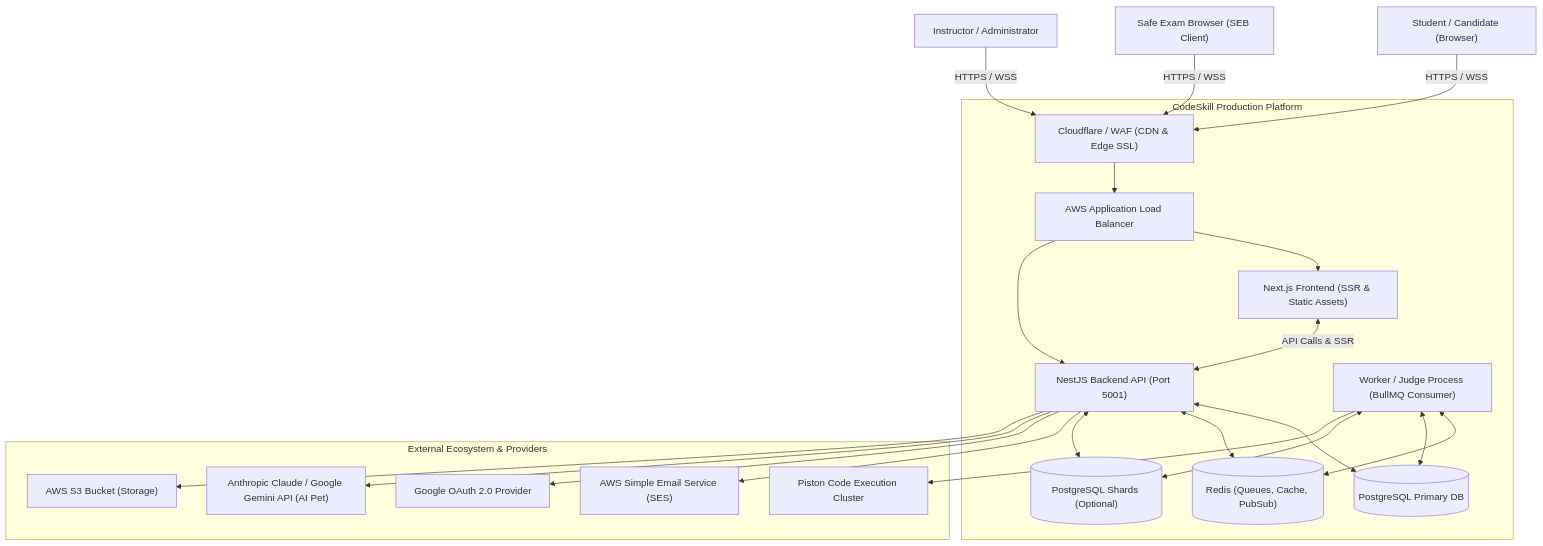
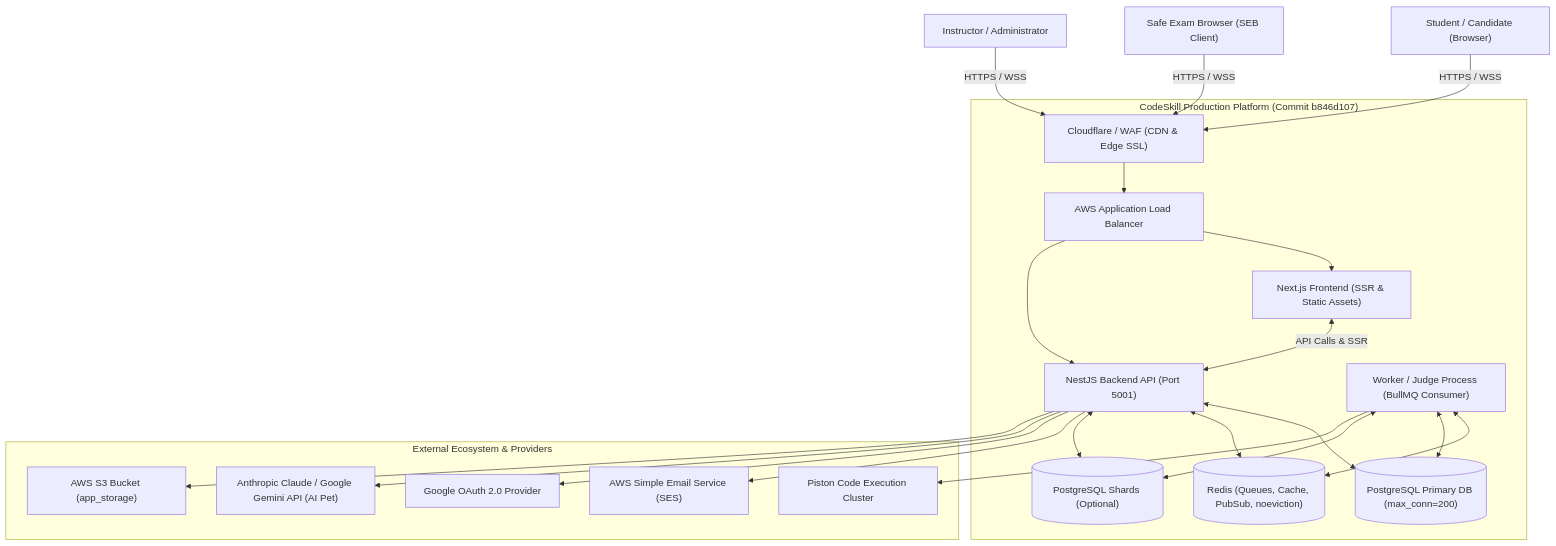
Before and after one commit to Abhinavvlog/codeskill: the first of 3 diagrams in engineering-audit/02_ARCHITECTURE_ANALYSIS.md, drawn with Mermaid. The commit also changed other lines of this file and 13 other files, not shown here.

Commit message:
docs(audit): update pre-production engineering audit reports for commit b846d107

````diff
--- a/engineering-audit/02_ARCHITECTURE_ANALYSIS.md
+++ b/engineering-audit/02_ARCHITECTURE_ANALYSIS.md
@@ -28,44 +29,44 @@
 ```mermaid
 flowchart TD
     Candidate["Student / Candidate (Browser)"]
     Admin["Instructor / Administrator"]
     SEB["Safe Exam Browser (SEB Client)"]
 
-    subgraph Platform["CodeSkill Production Platform"]
+    subgraph Platform["CodeSkill Production Platform (Commit b846d107)"]
         Cloudflare["Cloudflare / WAF (CDN & Edge SSL)"]
         ALB["AWS Application Load Balancer"]
         FE["Next.js Frontend (SSR & Static Assets)"]
         API["NestJS Backend API (Port 5001)"]
         Judge["Worker / Judge Process (BullMQ Consumer)"]
-        Postgres[("PostgreSQL Primary DB")]
-        Redis[("Redis (Queues, Cache, PubSub)")]
+        Postgres[("PostgreSQL Primary DB (max_conn=200)")]
+        Redis[("Redis (Queues, Cache, PubSub, noeviction)")]
         Shards[("PostgreSQL Shards (Optional)")]
     end
 
     subgraph External["External Ecosystem & Providers"]
         Piston["Piston Code Execution Cluster"]
-        S3["AWS S3 Bucket (Storage)"]
+        S3["AWS S3 Bucket (app_storage)"]
         SES["AWS Simple Email Service (SES)"]
         GoogleOAuth["Google OAuth 2.0 Provider"]
         ClaudeGemini["Anthropic Claude / Google Gemini API (AI Pet)"]
     end
 
     Candidate -->|HTTPS / WSS| Cloudflare
     SEB -->|HTTPS / WSS| Cloudflare
     Admin -->|HTTPS / WSS| Cloudflare
     Cloudflare --> ALB
     ALB --> FE
     ALB --> API
     FE <-->|API Calls & SSR| API
     API <--> Postgres
     API <--> Redis
     API <--> Shards
     API --> SES
     API --> GoogleOAuth
     API --> ClaudeGemini
     API --> S3
     Judge <--> Redis
     Judge <--> Postgres
     Judge <--> Shards
     Judge --> Piston
 ```
````
